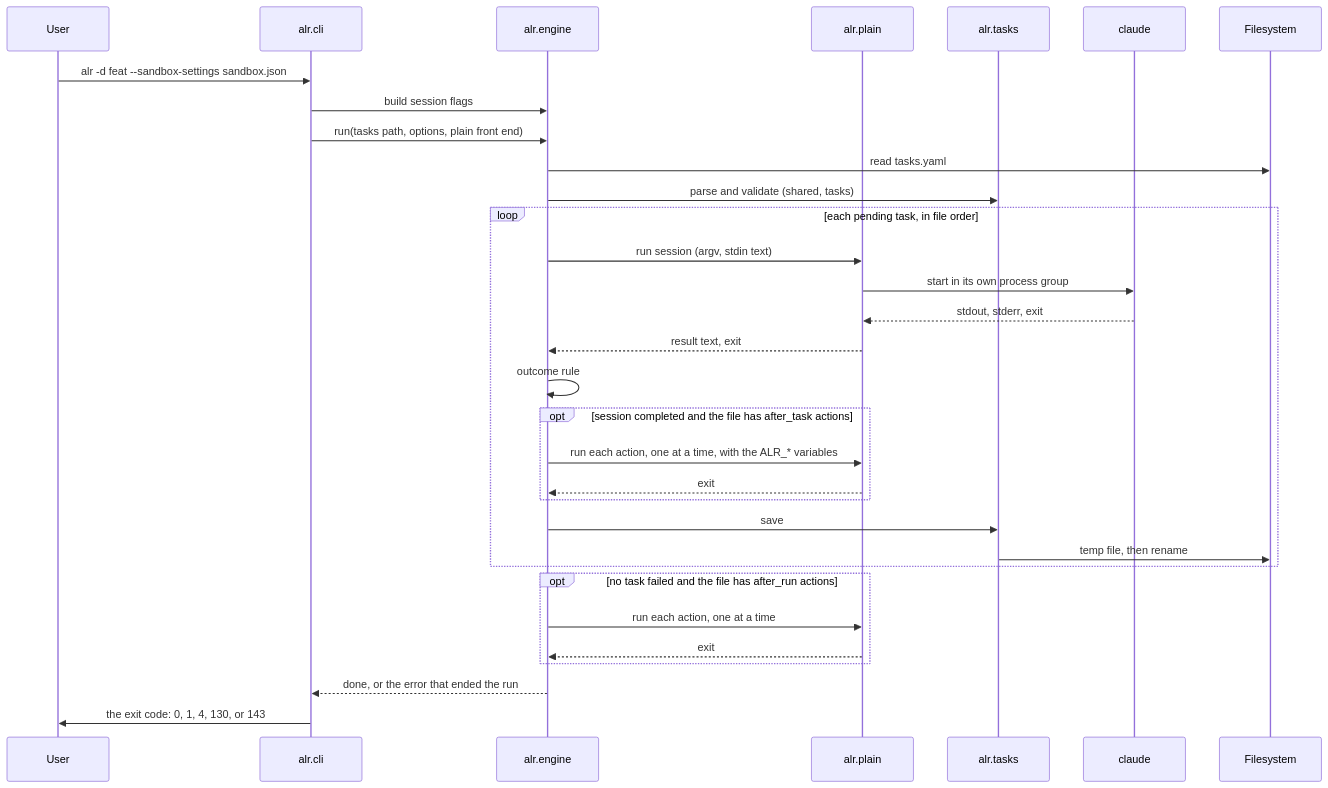
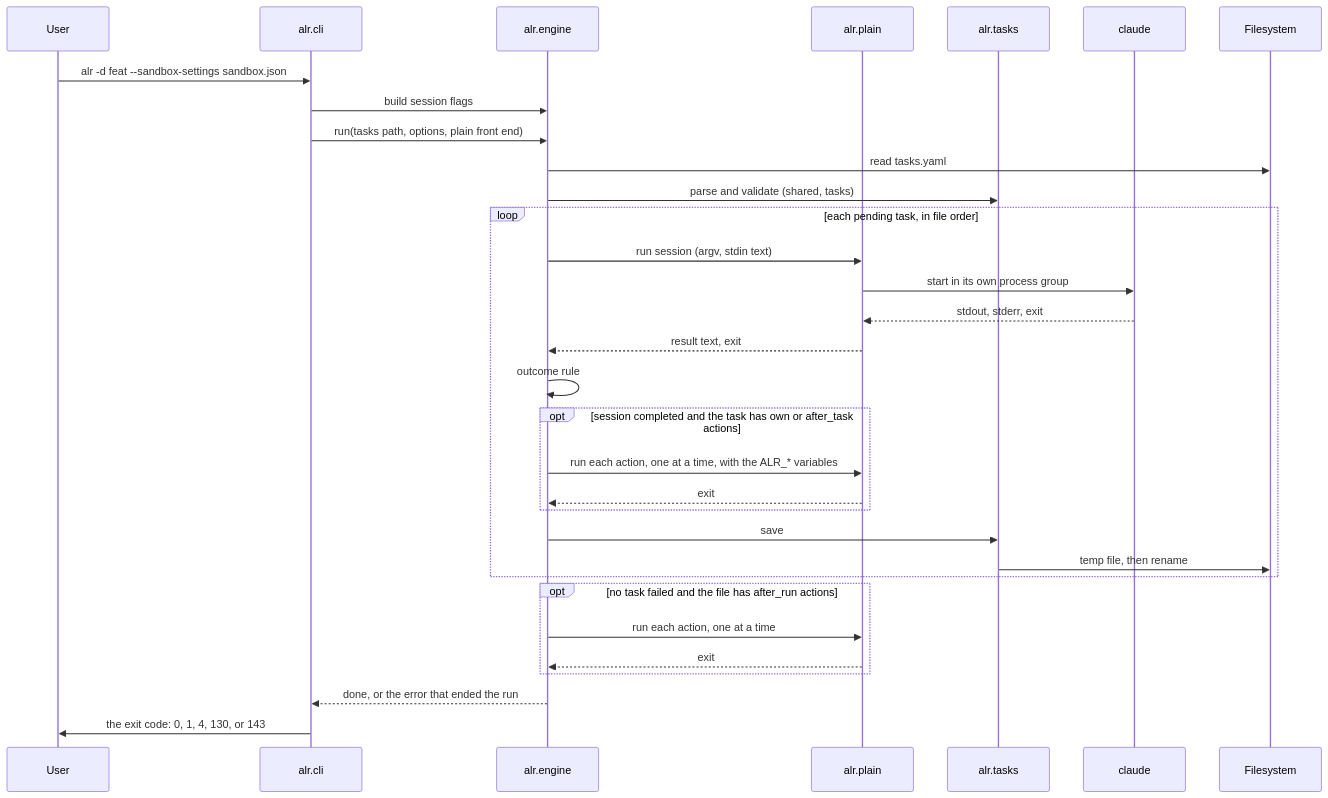
Before and after one commit to twistingmercury/agentic_loop_runner: the third of 5 diagrams in docs/design/03_system_architecture.md, drawn with Mermaid. The commit also changed other lines of this file and 19 other files, not shown here.

First line of the commit message:
Let a task carry its own actions (ADR-029, #22) (#31)

````diff
--- a/docs/design/03_system_architecture.md
+++ b/docs/design/03_system_architecture.md
@@ -416,35 +426,35 @@
 ```mermaid
 %%{init: {"themeVariables": {"actorTextColor": "#000000"}}}%%
 sequenceDiagram
     participant User
     participant CLI as alr.cli
     participant Engine as alr.engine
     participant Plain as alr.plain
     participant Tasks as alr.tasks
     participant Claude as claude
     participant FS as Filesystem
     User ->> CLI: alr -d feat --sandbox-settings sandbox.json
     CLI ->> Engine: build session flags
     CLI ->> Engine: run(tasks path, options, plain front end)
     Engine ->> FS: read tasks.yaml
     Engine ->> Tasks: parse and validate (shared, tasks)
     loop each pending task, in file order
         Engine ->> Plain: run session (argv, stdin text)
         Plain ->> Claude: start in its own process group
         Claude -->> Plain: stdout, stderr, exit
         Plain -->> Engine: result text, exit
         Engine ->> Engine: outcome rule
-        opt session completed and the file has after_task actions
+        opt session completed and the task has own or after_task actions
             Engine ->> Plain: run each action, one at a time, with the ALR_* variables
             Plain -->> Engine: exit
         end
         Engine ->> Tasks: save
         Tasks ->> FS: temp file, then rename
     end
     opt no task failed and the file has after_run actions
         Engine ->> Plain: run each action, one at a time
         Plain -->> Engine: exit
     end
     Engine -->> CLI: done, or the error that ended the run
     CLI ->> User: the exit code: 0, 1, 4, 130, or 143
 ```
````
